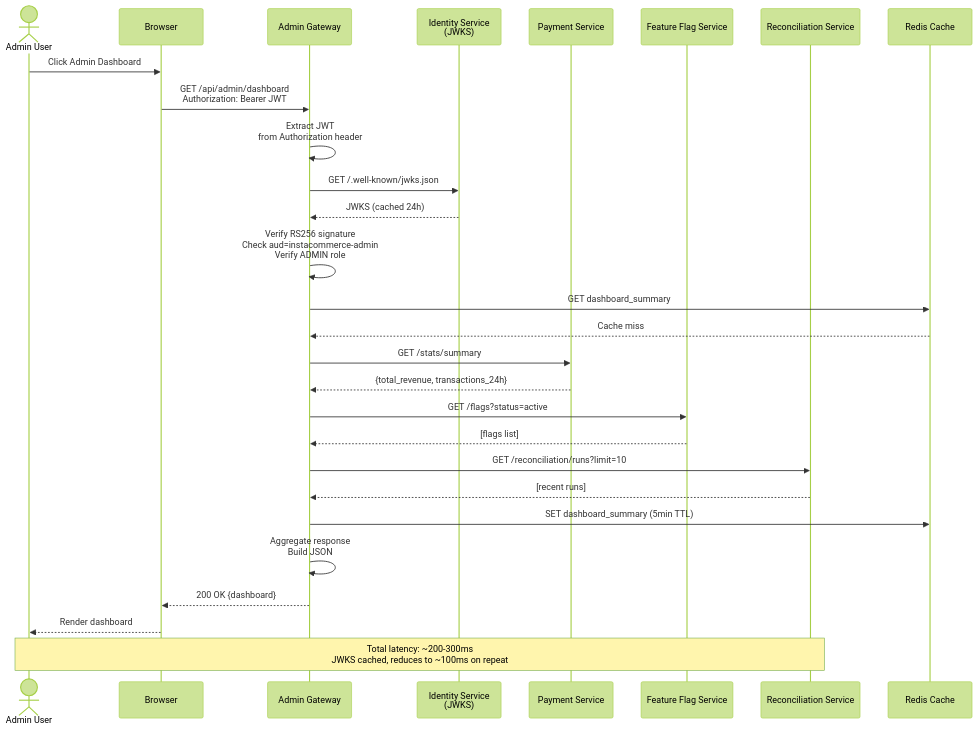
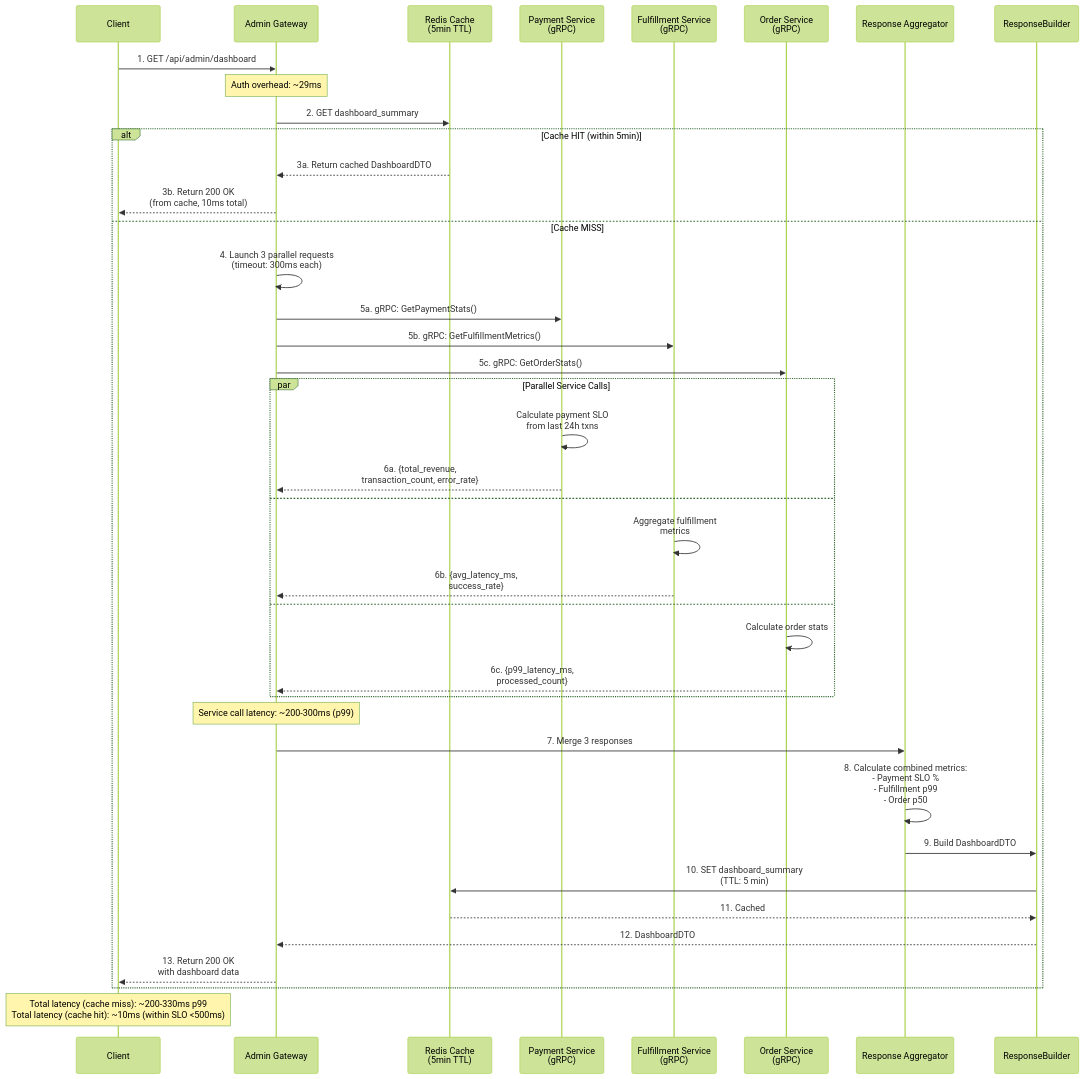
One commit to sunitakeazycommerz-a11y/InstaCommerce changed the second of 5 diagrams in docs/services/admin-gateway-service/diagrams-v2/04-sequence.md. Above: the diagram before and after it, drawn with Mermaid (forest theme). The commit also changed other lines of this file and 12 other files, not shown here.

````diff
--- a/docs/services/admin-gateway-service/diagrams-v2/04-sequence.md
+++ b/docs/services/admin-gateway-service/diagrams-v2/04-sequence.md
@@ -3,32 +86,52 @@
 ```mermaid
 sequenceDiagram
-    actor AdminUser as Admin User
-    participant Browser as Browser
-    participant AdminGateway as Admin Gateway
-    participant IdentityService as Identity Service<br/>(JWKS)
-    participant PaymentSvc as Payment Service
-    participant FlagSvc as Feature Flag Service
-    participant ReconcileSvc as Reconciliation Service
-    participant Cache as Redis Cache
+    participant Client as Client
+    participant Gateway as Admin Gateway
+    participant Cache as Redis Cache<br/>(5min TTL)
+    participant Payment as Payment Service<br/>(gRPC)
+    participant Fulfillment as Fulfillment Service<br/>(gRPC)
+    participant Order as Order Service<br/>(gRPC)
+    participant Aggregator as Response Aggregator
+    participant ResponseBuilder as ResponseBuilder
 
-    AdminUser->>Browser: Click Admin Dashboard
-    Browser->>AdminGateway: GET /api/admin/dashboard<br/>Authorization: Bearer JWT
-    AdminGateway->>AdminGateway: Extract JWT<br/>from Authorization header
-    AdminGateway->>IdentityService: GET /.well-known/jwks.json
-    IdentityService-->>AdminGateway: JWKS (cached 24h)
-    AdminGateway->>AdminGateway: Verify RS256 signature<br/>Check aud=instacommerce-admin<br/>Verify ADMIN role
-    AdminGateway->>Cache: GET dashboard_summary
-    Cache-->>AdminGateway: Cache miss
-    AdminGateway->>PaymentSvc: GET /stats/summary
-    PaymentSvc-->>AdminGateway: {total_revenue, transactions_24h}
-    AdminGateway->>FlagSvc: GET /flags?status=active
-    FlagSvc-->>AdminGateway: [flags list]
-    AdminGateway->>ReconcileSvc: GET /reconciliation/runs?limit=10
-    ReconcileSvc-->>AdminGateway: [recent runs]
-    AdminGateway->>Cache: SET dashboard_summary (5min TTL)
-    AdminGateway->>AdminGateway: Aggregate response<br/>Build JSON
-    AdminGateway-->>Browser: 200 OK {dashboard}
-    Browser-->>AdminUser: Render dashboard
+    Client->>Gateway: 1. GET /api/admin/dashboard
+    Note over Gateway: Auth overhead: ~29ms
 
-    Note over AdminUser,ReconcileSvc: Total latency: ~200-300ms<br/>JWKS cached, reduces to ~100ms on repeat
+    Gateway->>Cache: 2. GET dashboard_summary
+    alt Cache HIT (within 5min)
+        Cache-->>Gateway: 3a. Return cached DashboardDTO
+        Gateway-->>Client: 3b. Return 200 OK<br/>(from cache, 10ms total)
+    else Cache MISS
+        Gateway->>Gateway: 4. Launch 3 parallel requests<br/>(timeout: 300ms each)
+
+        Gateway->>Payment: 5a. gRPC: GetPaymentStats()
+        Gateway->>Fulfillment: 5b. gRPC: GetFulfillmentMetrics()
+        Gateway->>Order: 5c. gRPC: GetOrderStats()
+
+        par Parallel Service Calls
+            Payment->>Payment: Calculate payment SLO<br/>from last 24h txns
+            Payment-->>Gateway: 6a. {total_revenue,<br/>transaction_count, error_rate}
+        and
+            Fulfillment->>Fulfillment: Aggregate fulfillment<br/>metrics
+            Fulfillment-->>Gateway: 6b. {avg_latency_ms,<br/>success_rate}
+        and
+            Order->>Order: Calculate order stats
+            Order-->>Gateway: 6c. {p99_latency_ms,<br/>processed_count}
+        end
+
+        Note over Gateway: Service call latency: ~200-300ms (p99)
+
+        Gateway->>Aggregator: 7. Merge 3 responses
+        Aggregator->>Aggregator: 8. Calculate combined metrics:<br/>- Payment SLO %<br/>- Fulfillment p99<br/>- Order p50
+
+        Aggregator->>ResponseBuilder: 9. Build DashboardDTO
+        ResponseBuilder->>Cache: 10. SET dashboard_summary<br/>(TTL: 5 min)
+        Cache-->>ResponseBuilder: 11. Cached
+
+        ResponseBuilder-->>Gateway: 12. DashboardDTO
+
+        Gateway-->>Client: 13. Return 200 OK<br/>with dashboard data
+    end
+
+    Note over Client: Total latency (cache miss): ~200-330ms p99<br/>Total latency (cache hit): ~10ms (within SLO <500ms)
 ```
````
